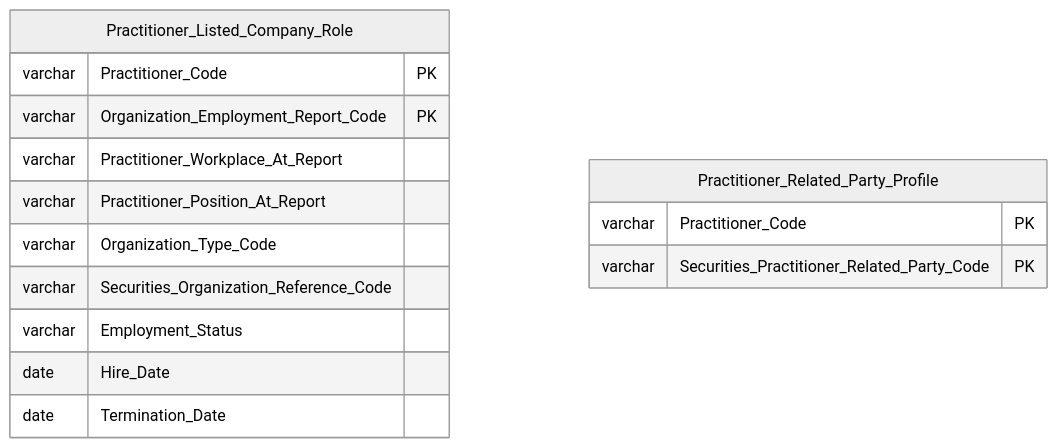
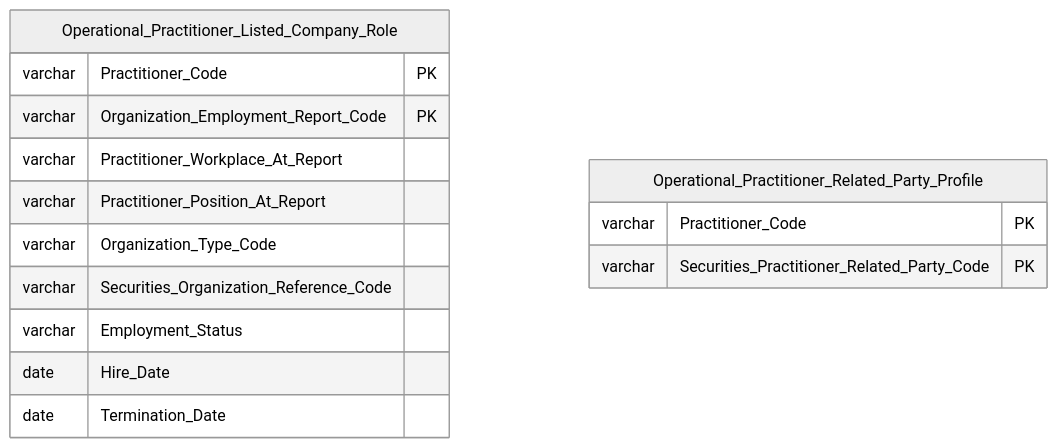
Diagram 26 of 40 in Datamart/hld/DTM_NHNCK_HLD.md (linhlvit/ubck_atomic_design), drawn with Mermaid (neutral theme) before and after one commit. The commit also changed other lines of this file and 52 other files, not shown here.

````diff
--- a/Datamart/hld/DTM_NHNCK_HLD.md
+++ b/Datamart/hld/DTM_NHNCK_HLD.md
@@ -1100,20 +1100,20 @@
 ```mermaid
 erDiagram
-    Practitioner_Listed_Company_Role {
+    Operational_Practitioner_Listed_Company_Role {
         varchar Practitioner_Code PK
         varchar Organization_Employment_Report_Code PK
         varchar Practitioner_Workplace_At_Report
         varchar Practitioner_Position_At_Report
         varchar Organization_Type_Code
         varchar Securities_Organization_Reference_Code
         varchar Employment_Status
         date Hire_Date
         date Termination_Date
 
     }
 
-    Practitioner_Related_Party_Profile {
+    Operational_Practitioner_Related_Party_Profile {
         varchar Practitioner_Code PK
         varchar Securities_Practitioner_Related_Party_Code PK
     }
 ```
````
